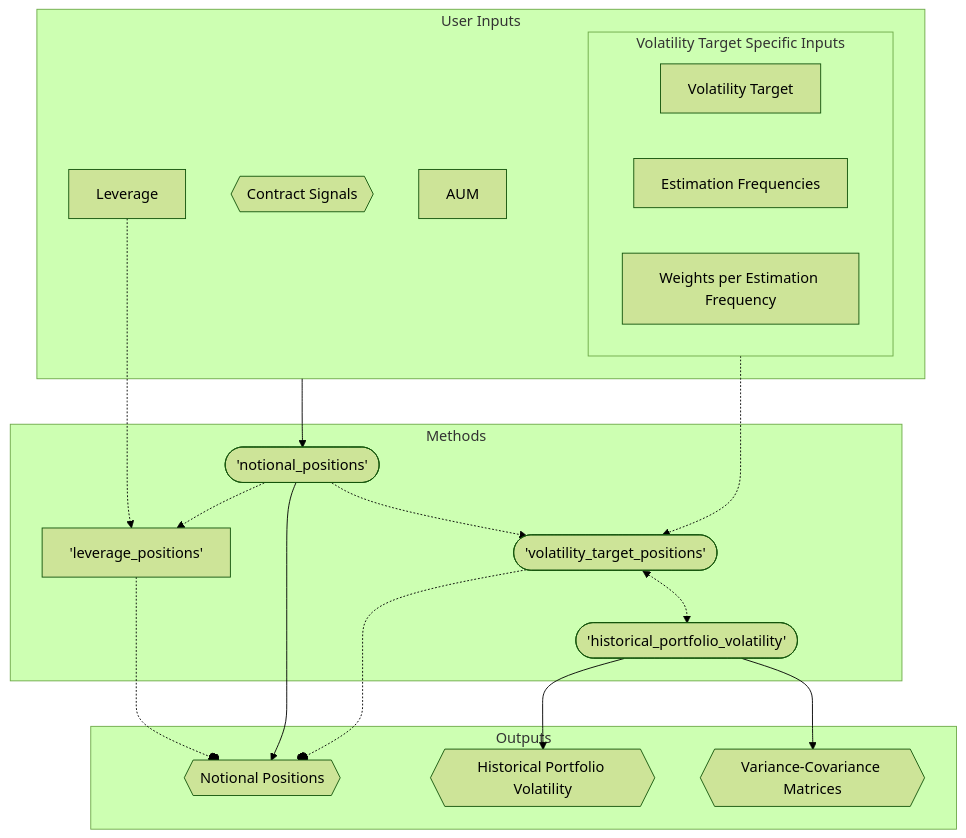
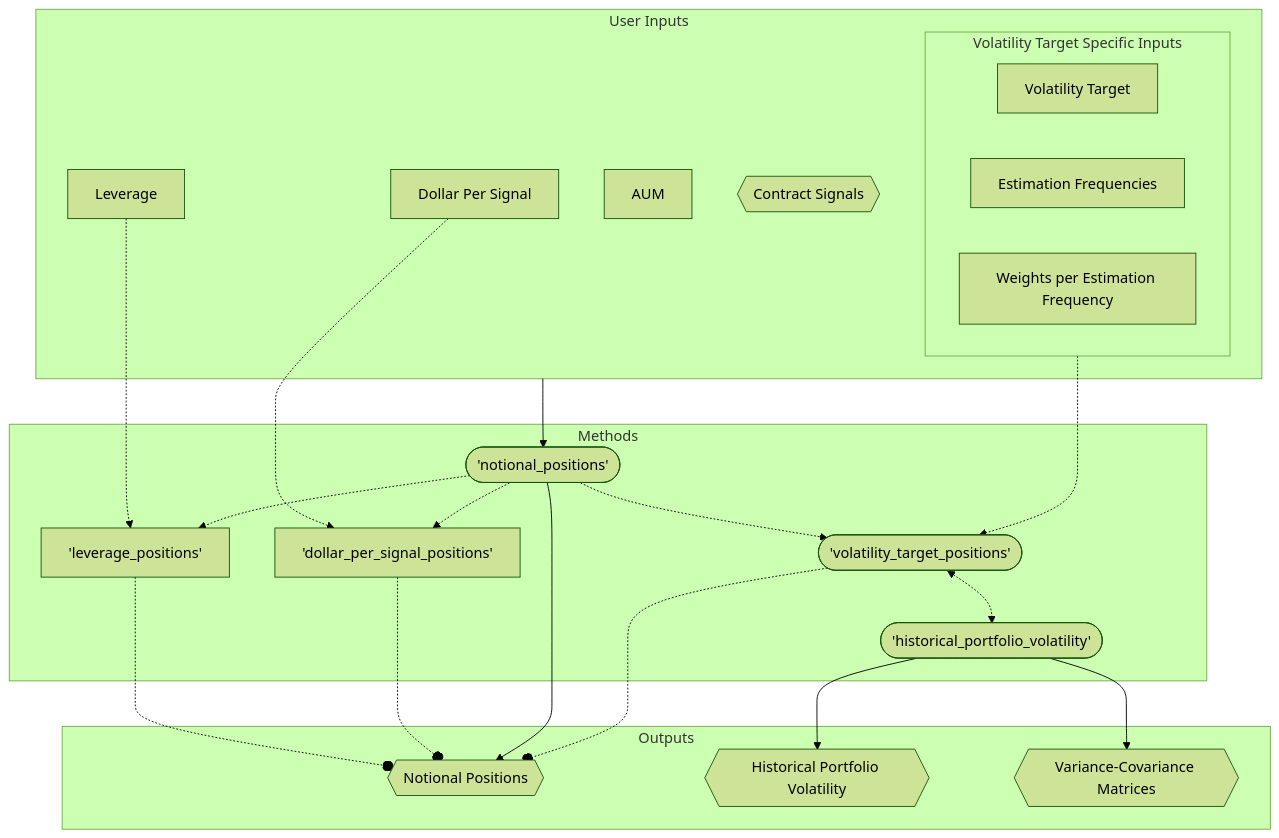
Before and after one commit to macrosynergy/macrosynergy: the third of 5 diagrams in macrosynergy/pnl/README.md, drawn with Mermaid (forest theme). The commit also changed other lines of this file, not shown here.

Commit message:
Enhance ProxyPnL documentation with detailed method descriptions and new evaluation features

````diff
--- a/macrosynergy/pnl/README.md
+++ b/macrosynergy/pnl/README.md
@@ -100,54 +102,60 @@
 ```{mermaid}
 flowchart TD
+  DPS[Dollar Per Signal]
+  AUM[AUM]
   CS{{Contract Signals}}
-  AUM[AUM]
   LVG[Leverage]
   LVGfunc['leverage_positions']
+  DPSfunc['dollar_per_signal_positions']
   VT[Volatility Target]
   HPVfunc(['historical_portfolio_volatility'])
   VTPOSfunc(['volatility_target_positions'])
   NP{{Notional Positions}}
   HPV{{Historical Portfolio Volatility}}
   VCV{{Variance-Covariance Matrices}}
   ESTF[Estimation Frequencies]
   ESTW[Weights per Estimation Frequency]
   NPfunc(['notional_positions'])
     VT_UINP -.-> VTPOSfunc
     LVG -.-> LVGfunc
-
+    DPS -.-> DPSfunc
 
     subgraph NP_UINP[User Inputs]
       LVG
+      DPS
       AUM
       CS
       subgraph VT_UINP[Volatility Target Specific Inputs]
         VT
         ESTF
         ESTW
       end
     end
     subgraph NP_METHODS[Methods]
       NPfunc
 
       LVGfunc
       VTPOSfunc
       HPVfunc
+      DPSfunc
     end
 
     subgraph OUTPUTS[Outputs]
       NP
       HPV
       VCV
     end
     NPfunc -.-> VTPOSfunc
 
     HPVfunc --> HPV
     HPVfunc --> VCV
     NPfunc -.-> LVGfunc
+    NPfunc -.-> DPSfunc
     VTPOSfunc <-.-> HPVfunc
 
     LVGfunc -.-o NP
+    DPSfunc -.-o NP
     NPfunc --> NP
     VTPOSfunc -.-o NP
     NP_UINP --> NPfunc
 ```
````
